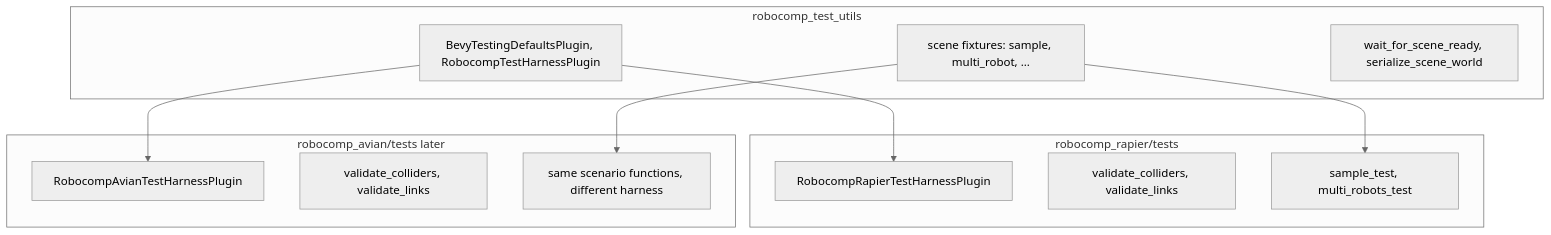
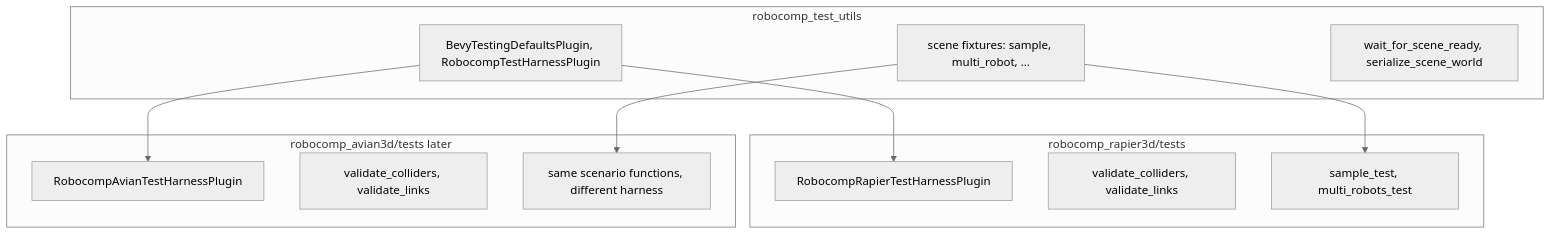
One commit to nilaysavant/robocomp changed the second of 2 diagrams in .cursor/plans/robocomp_workspace_split_b4e09cb0.plan.md. Above: the diagram before and after it, drawn with Mermaid (neutral theme). The commit also changed other lines of this file and 20 other files, not shown here.

Commit message:
Rename `robocomp_rapier` to `robocomp_rapier3d`.

````diff
--- a/.cursor/plans/robocomp_workspace_split_b4e09cb0.plan.md
+++ b/.cursor/plans/robocomp_workspace_split_b4e09cb0.plan.md
@@ -202,22 +202,22 @@
 ```mermaid
 flowchart TB
     subgraph shared [robocomp_test_utils]
         Scenarios["scene fixtures: sample, multi_robot, ..."]
         Harness["BevyTestingDefaultsPlugin, RobocompTestHarnessPlugin"]
         Ready["wait_for_scene_ready, serialize_scene_world"]
     end
-    subgraph rapier [robocomp_rapier/tests]
+    subgraph rapier [robocomp_rapier3d/tests]
         RapierHarness["RobocompRapierTestHarnessPlugin"]
         RapierValidate["validate_colliders, validate_links"]
         RapierTests["sample_test, multi_robots_test"]
     end
-    subgraph avian [robocomp_avian/tests later]
+    subgraph avian [robocomp_avian3d/tests later]
         AvianHarness["RobocompAvianTestHarnessPlugin"]
         AvianValidate["validate_colliders, validate_links"]
         AvianTests["same scenario functions, different harness"]
     end
     Scenarios --> RapierTests
     Scenarios --> AvianTests
     Harness --> RapierHarness
     Harness --> AvianHarness
 ```
````
